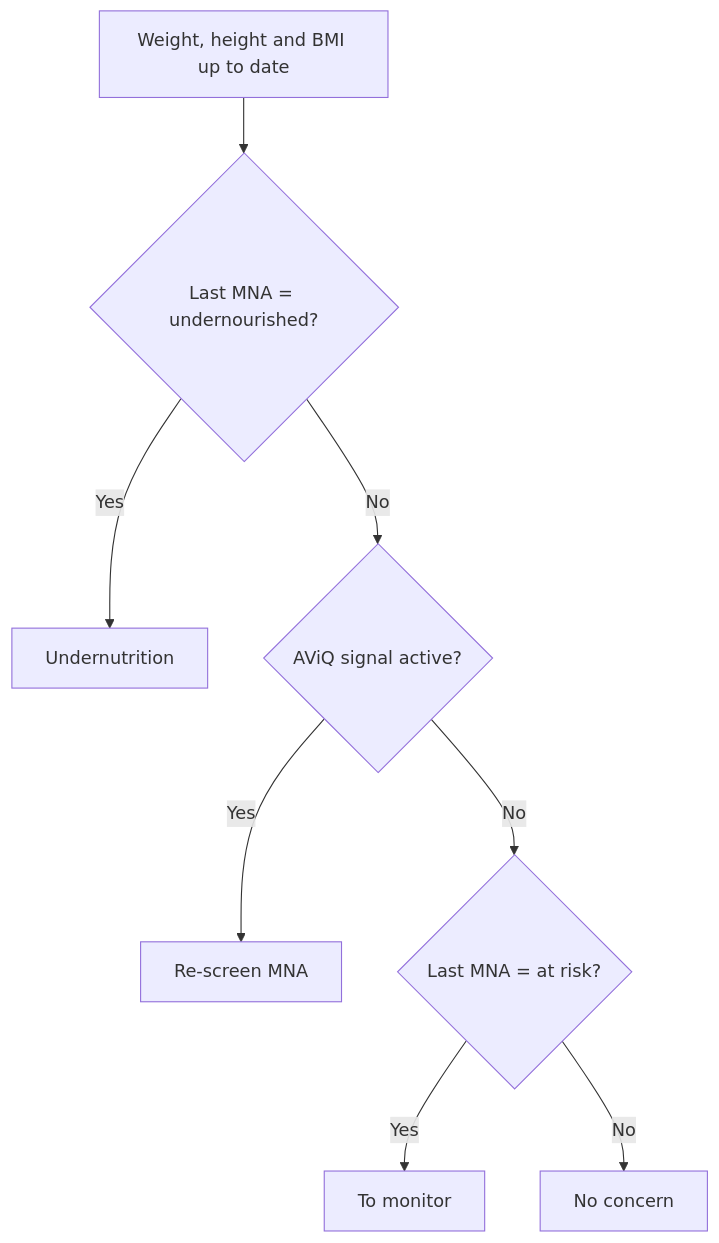
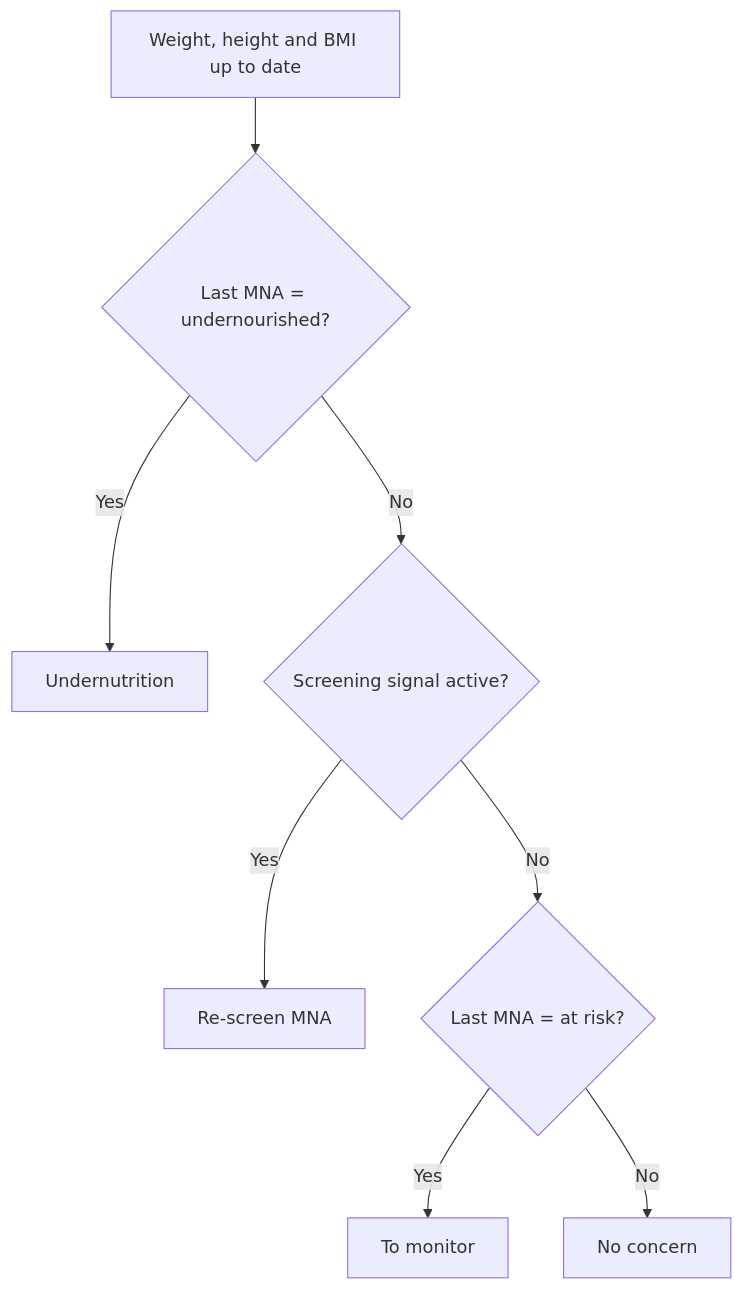
Before and after one commit to lplg-europe/resthome-documentation: the diagram in content/repas/suivi-nutritionnel.md, drawn with Mermaid. The commit also changed other lines of this file and 461 other files, not shown here.

````diff
--- a/content/repas/suivi-nutritionnel.md
+++ b/content/repas/suivi-nutritionnel.md
@@ -68,10 +72,10 @@
 ```mermaid
 flowchart TD
     A[Weight, height and BMI up to date] --> B{Last MNA = undernourished?}
     B -- Yes --> C[Undernutrition]
-    B -- No --> D{AViQ signal active?}
+    B -- No --> D{Screening signal active?}
     D -- Yes --> E[Re-screen MNA]
     D -- No --> F{Last MNA = at risk?}
     F -- Yes --> G[To monitor]
     F -- No --> H[No concern]
 ```
````
